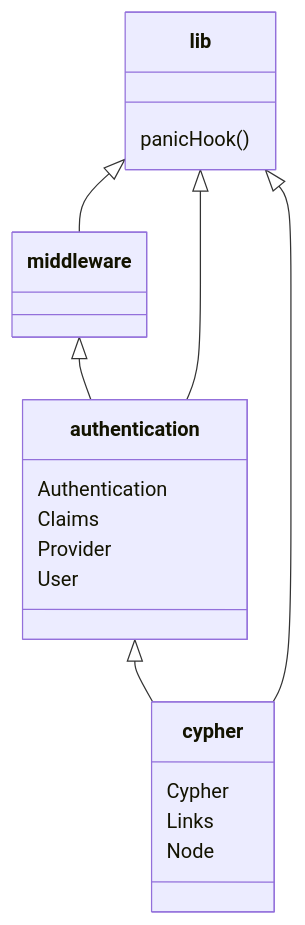
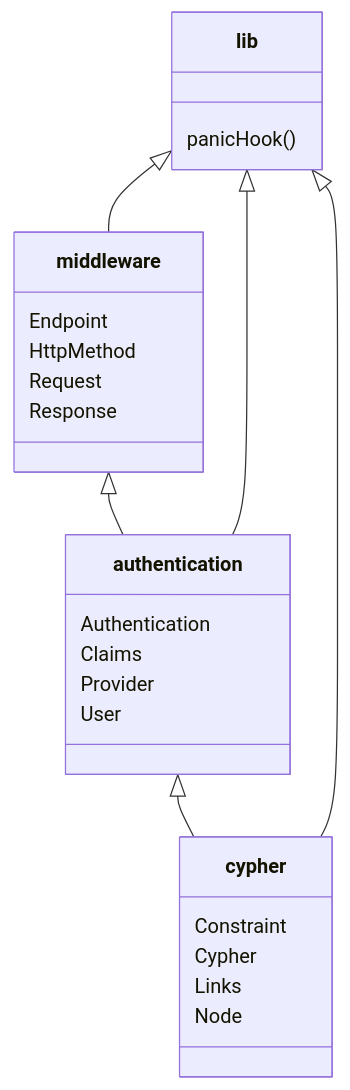
Before and after one commit to oceanicsdotio/oceanics.io: the diagram in oceanics-io-api/README.md, drawn with Mermaid. The commit also changed other lines of this file and 5 other files, not shown here.

````diff
--- a/oceanics-io-api/README.md
+++ b/oceanics-io-api/README.md
@@ -55,23 +55,30 @@
 ```mermaid
 classDiagram
   class cypher{
+    Constraint
     Cypher
     Links
     Node
   } 
   authentication <|-- cypher
   class authentication{
     Authentication
     Claims
     Provider
     User
   }
   middleware <|-- authentication
+  class middleware{
+    Endpoint
+    HttpMethod
+    Request
+    Response
+  }
   lib <|-- authentication
   lib <|-- cypher
   lib <|-- middleware
   class lib{
     panicHook()
   }
 
 ```
````
